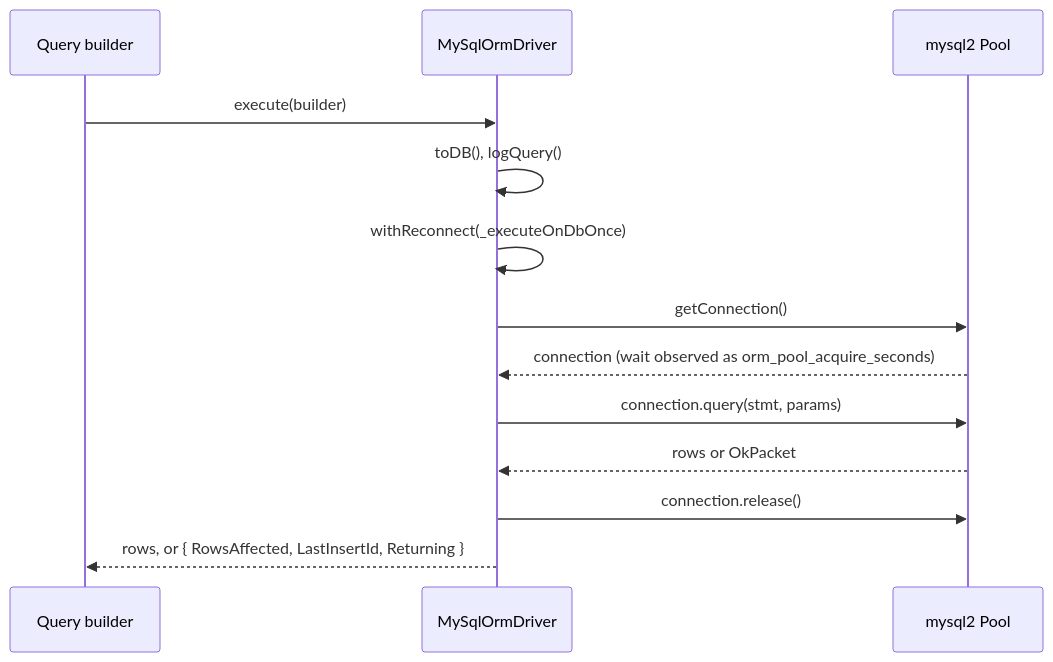
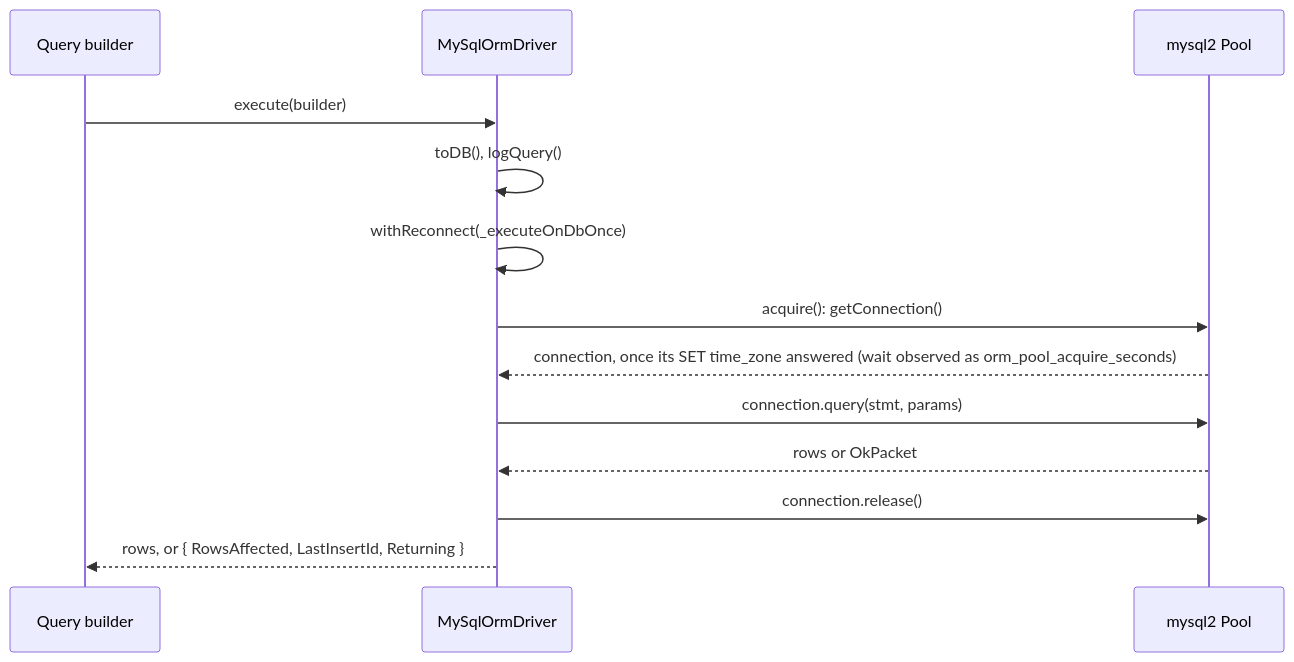
The diagram in docs/orm-mysql/01-mysql-driver.md (spinajs/main), drawn with Mermaid before and after one commit. The commit also changed other lines of this file and 55 other files, not shown here.

````diff
--- a/docs/orm-mysql/01-mysql-driver.md
+++ b/docs/orm-mysql/01-mysql-driver.md
@@ -26,15 +27,15 @@
 ```mermaid
 sequenceDiagram
   participant B as Query builder
   participant D as MySqlOrmDriver
   participant P as mysql2 Pool
   B->>D: execute(builder)
   D->>D: toDB(), logQuery()
   D->>D: withReconnect(_executeOnDbOnce)
-  D->>P: getConnection()
-  P-->>D: connection (wait observed as orm_pool_acquire_seconds)
+  D->>P: acquire(): getConnection()
+  P-->>D: connection, once its SET time_zone answered (wait observed as orm_pool_acquire_seconds)
   D->>P: connection.query(stmt, params)
   P-->>D: rows or OkPacket
   D->>P: connection.release()
   D-->>B: rows, or { RowsAffected, LastInsertId, Returning }
 ```
````
